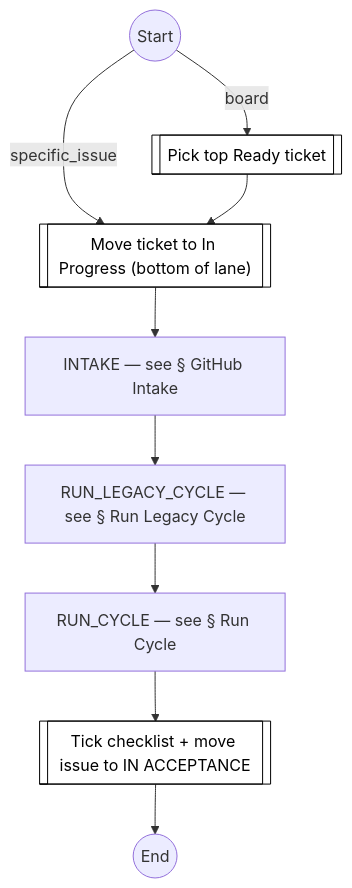
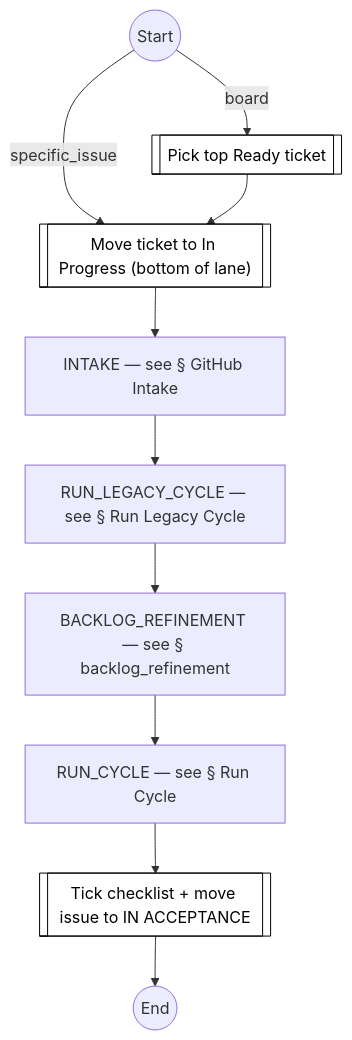
The second of 19 diagrams in docs/process-diagram.md (optivem/gh-optivem), drawn with Mermaid before and after one commit. The commit also changed other lines of this file and 25 other files, not shown here.

````diff
--- a/docs/process-diagram.md
+++ b/docs/process-diagram.md
@@ -42,23 +42,25 @@
 ```mermaid
 flowchart TD
+    BACKLOG_REFINEMENT[BACKLOG_REFINEMENT — see § backlog_refinement]
     END((End))
     INTAKE[INTAKE — see § GitHub Intake]
     MOVE_TICKET_IN_ACCEPTANCE[[Tick checklist + move issue to IN ACCEPTANCE]]
     MOVE_TICKET_IN_PROGRESS[["Move ticket to In Progress (bottom of lane)"]]
     PICK_TOP_READY[[Pick top Ready ticket]]
     RUN_CYCLE[RUN_CYCLE — see § Run Cycle]
     RUN_LEGACY_CYCLE[RUN_LEGACY_CYCLE — see § Run Legacy Cycle]
     START((Start))
 
     START -- board --> PICK_TOP_READY
     START -- specific_issue --> MOVE_TICKET_IN_PROGRESS
     PICK_TOP_READY --> MOVE_TICKET_IN_PROGRESS
     MOVE_TICKET_IN_PROGRESS --> INTAKE
     INTAKE --> RUN_LEGACY_CYCLE
-    RUN_LEGACY_CYCLE --> RUN_CYCLE
+    RUN_LEGACY_CYCLE --> BACKLOG_REFINEMENT
+    BACKLOG_REFINEMENT --> RUN_CYCLE
     RUN_CYCLE --> MOVE_TICKET_IN_ACCEPTANCE
     MOVE_TICKET_IN_ACCEPTANCE --> END
 
     classDef serviceNode fill:#ffffff,stroke:#000000,stroke-width:1px,color:#000000
     class MOVE_TICKET_IN_ACCEPTANCE,MOVE_TICKET_IN_PROGRESS,PICK_TOP_READY serviceNode
 ```
````
